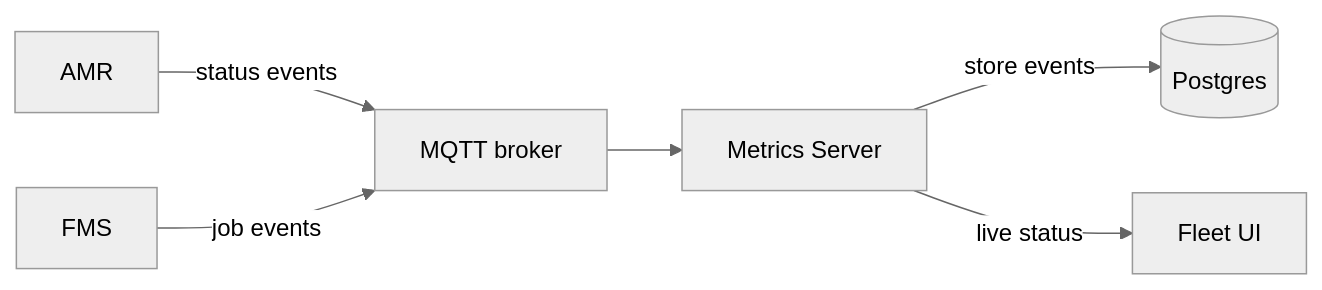
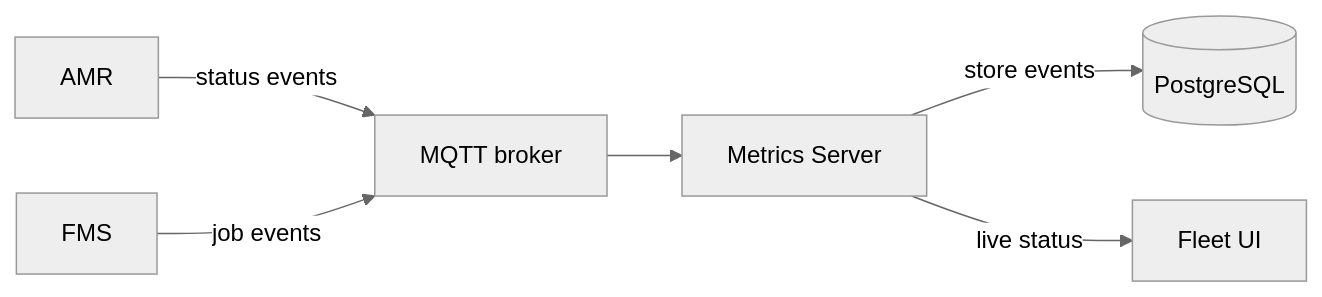
The first of 2 diagrams in architecture.md (hamkuu/robot-fleet-system), drawn with Mermaid (neutral theme) before and after one commit. The commit also changed other lines of this file, not shown here.

````diff
--- a/architecture.md
+++ b/architecture.md
@@ -21,8 +30,8 @@
 ```mermaid
 flowchart LR
-  AMR -->|status events| Broker[MQTT broker]
-  Fleet[FMS] -->|job events| Broker
-  Broker --> Metrics[Metrics Server]
-  Metrics -->|store events| DB[(Postgres)]
-  Metrics -->|live status| UI[Fleet UI]
+    AMR -->|status events| Broker[MQTT broker]
+    Fleet[FMS] -->|job events| Broker
+    Broker --> Metrics[Metrics Server]
+    Metrics -->|store events| DB[(PostgreSQL)]
+    Metrics -->|live status| UI[Fleet UI]
 ```
````
